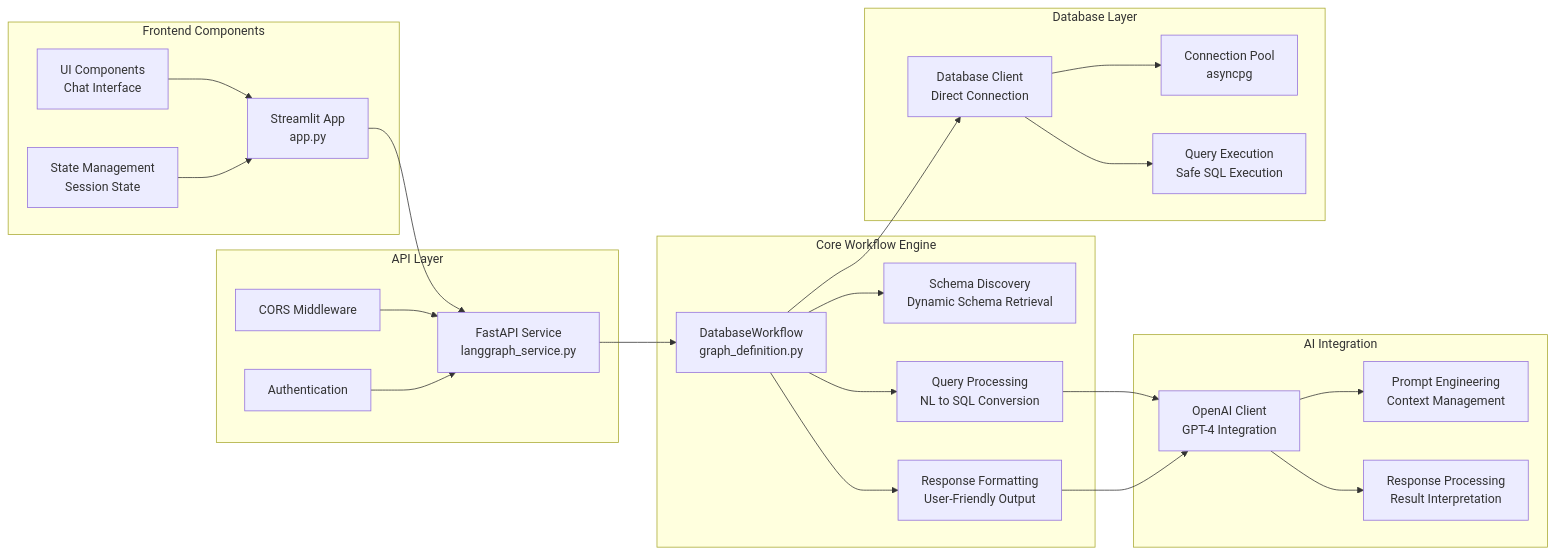
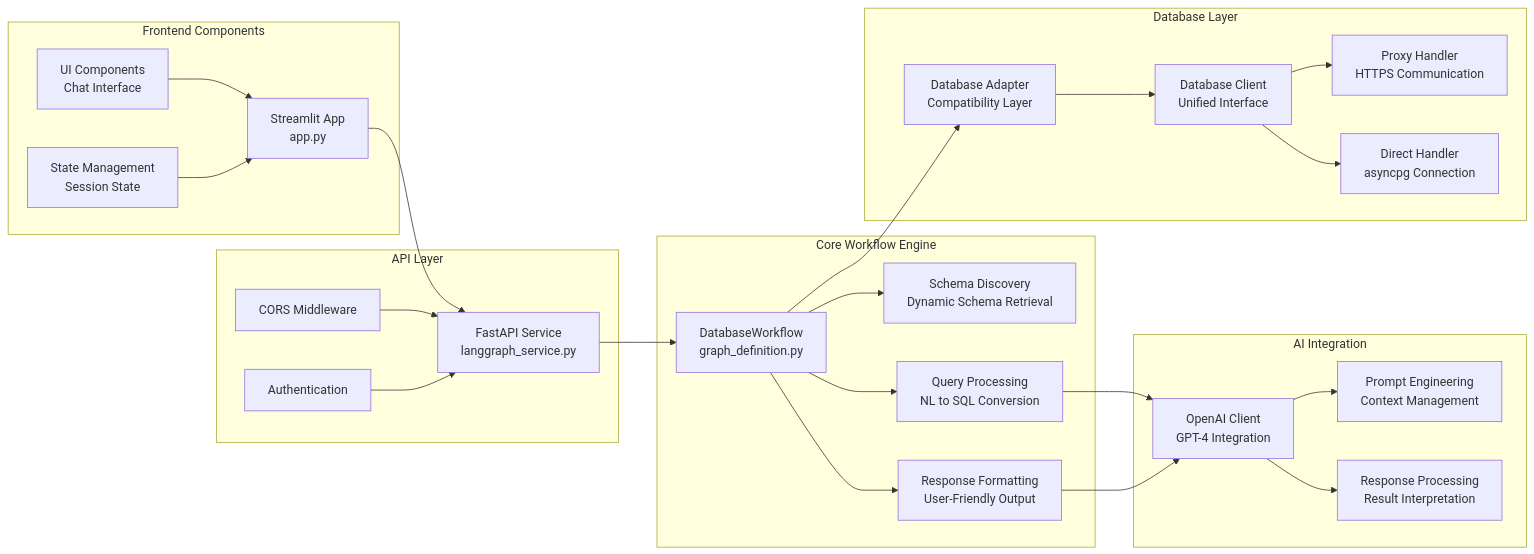
One commit to julianus-kath/proactive-context-learning changed the second of 14 diagrams in adrs/0010-dynamic-erp-assistant-complete-system-architecture.md. Above: the diagram before and after it, drawn with Mermaid. The commit also changed other lines of this file and 8 other files, not shown here.

````diff
--- a/adrs/0010-dynamic-erp-assistant-complete-system-architecture.md
+++ b/adrs/0010-dynamic-erp-assistant-complete-system-architecture.md
@@ -63,50 +90,52 @@
 ```mermaid
 graph LR
     subgraph "Frontend Components"
         A[Streamlit App<br/>app.py]
         B[UI Components<br/>Chat Interface]
         C[State Management<br/>Session State]
     end
     
     subgraph "API Layer"
         D[FastAPI Service<br/>langgraph_service.py]
         E[CORS Middleware]
         F[Authentication]
     end
     
     subgraph "Core Workflow Engine"
         G[DatabaseWorkflow<br/>graph_definition.py]
         H[Schema Discovery<br/>Dynamic Schema Retrieval]
         I[Query Processing<br/>NL to SQL Conversion]
         J[Response Formatting<br/>User-Friendly Output]
     end
     
     subgraph "AI Integration"
         K[OpenAI Client<br/>GPT-4 Integration]
         L[Prompt Engineering<br/>Context Management]
         M[Response Processing<br/>Result Interpretation]
     end
     
     subgraph "Database Layer"
-        N[Database Client<br/>Direct Connection]
-        O[Connection Pool<br/>asyncpg]
-        P[Query Execution<br/>Safe SQL Execution]
+        N[Database Client<br/>Unified Interface]
+        O[Database Adapter<br/>Compatibility Layer]
+        P[Proxy Handler<br/>HTTPS Communication]
+        Q[Direct Handler<br/>asyncpg Connection]
     end
     
     A --> D
     B --> A
     C --> A
     D --> G
     E --> D
     F --> D
     G --> H
     G --> I
     G --> J
     I --> K
     J --> K
     K --> L
     K --> M
-    G --> N
-    N --> O
+    G --> O
+    O --> N
     N --> P
+    N --> Q
 ```
````
